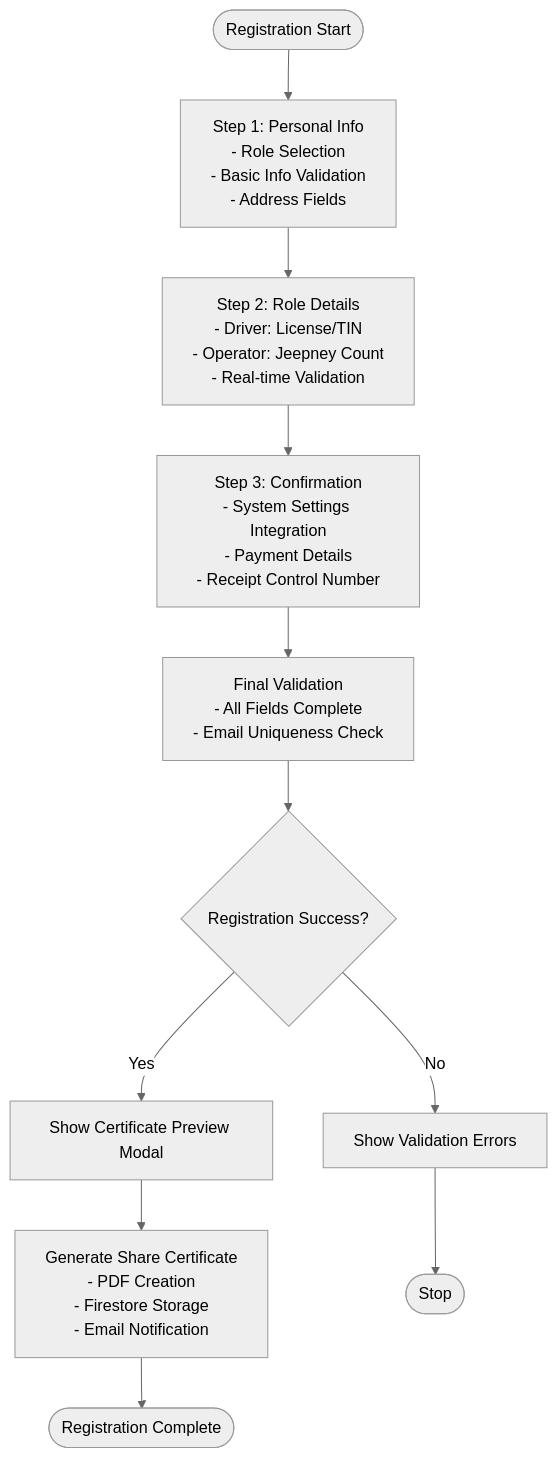
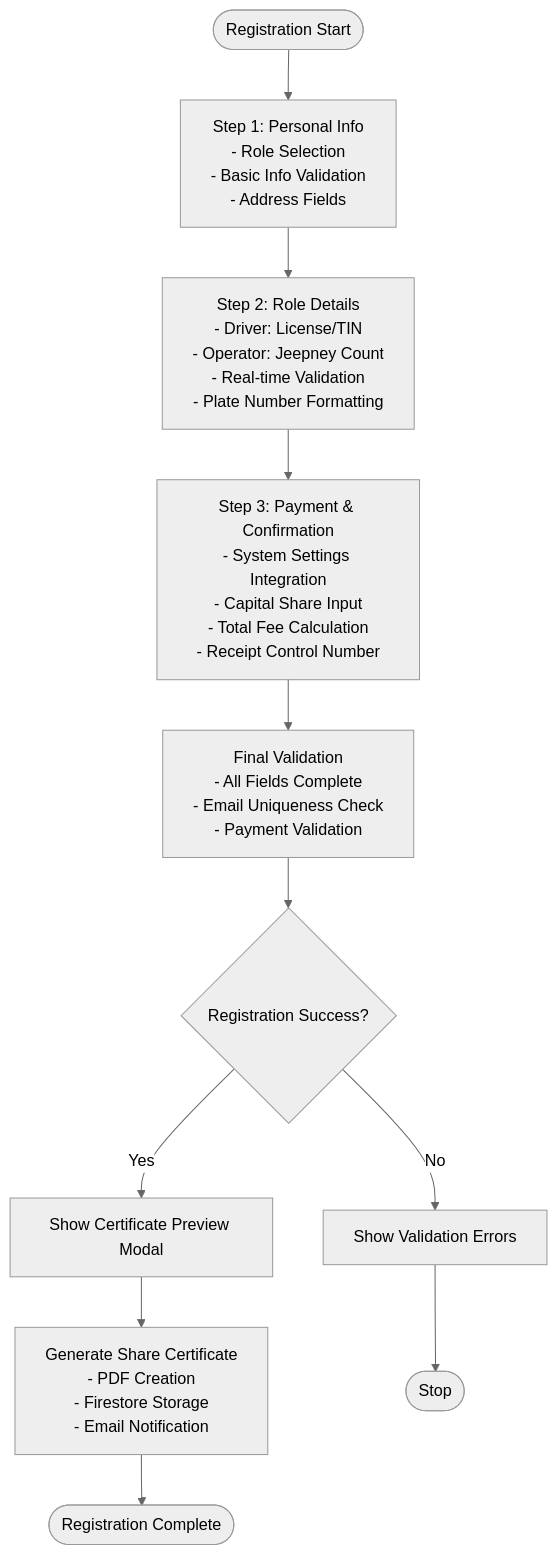
One commit to Unsure-bry/sampacoop_system changed the third of 6 diagrams in .qoder/repowiki/en/content/Member Management System/Member Registration Workflow.md. Above: the diagram before and after it, drawn with Mermaid (neutral theme). The commit also changed other lines of this file and 3 other files, not shown here.

````diff
--- a/.qoder/repowiki/en/content/Member Management System/Member Registration Workflow.md
+++ b/.qoder/repowiki/en/content/Member Management System/Member Registration Workflow.md
@@ -229,13 +245,13 @@
 ```mermaid
 flowchart TD
 Start(["Registration Start"]) --> Step1["Step 1: Personal Info<br/>- Role Selection<br/>- Basic Info Validation<br/>- Address Fields"]
-Step1 --> Step2["Step 2: Role Details<br/>- Driver: License/TIN<br/>- Operator: Jeepney Count<br/>- Real-time Validation"]
-Step2 --> Step3["Step 3: Confirmation<br/>- System Settings Integration<br/>- Payment Details<br/>- Receipt Control Number"]
-Step3 --> Validate["Final Validation<br/>- All Fields Complete<br/>- Email Uniqueness Check"]
+Step1 --> Step2["Step 2: Role Details<br/>- Driver: License/TIN<br/>- Operator: Jeepney Count<br/>- Real-time Validation<br/>- Plate Number Formatting"]
+Step2 --> Step3["Step 3: Payment & Confirmation<br/>- System Settings Integration<br/>- Capital Share Input<br/>- Total Fee Calculation<br/>- Receipt Control Number"]
+Step3 --> Validate["Final Validation<br/>- All Fields Complete<br/>- Email Uniqueness Check<br/>- Payment Validation"]
 Validate --> Success{"Registration Success?"}
 Success --> |Yes| CertificatePreview["Show Certificate Preview Modal"]
 Success --> |No| ShowErrors["Show Validation Errors"]
 CertificatePreview --> GenerateCert["Generate Share Certificate<br/>- PDF Creation<br/>- Firestore Storage<br/>- Email Notification"]
 GenerateCert --> Complete(["Registration Complete"])
 ShowErrors --> End(["Stop"])
 ```
````
